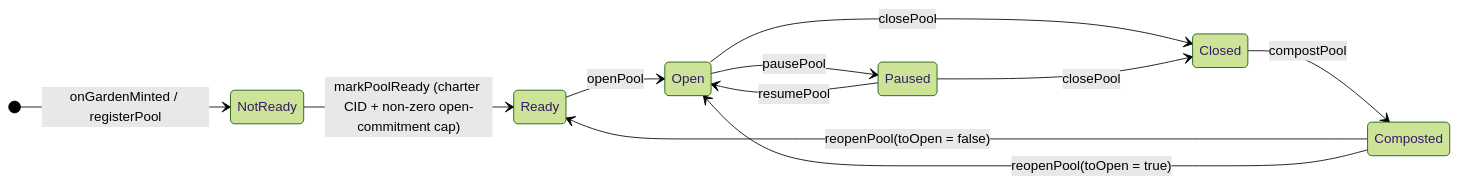
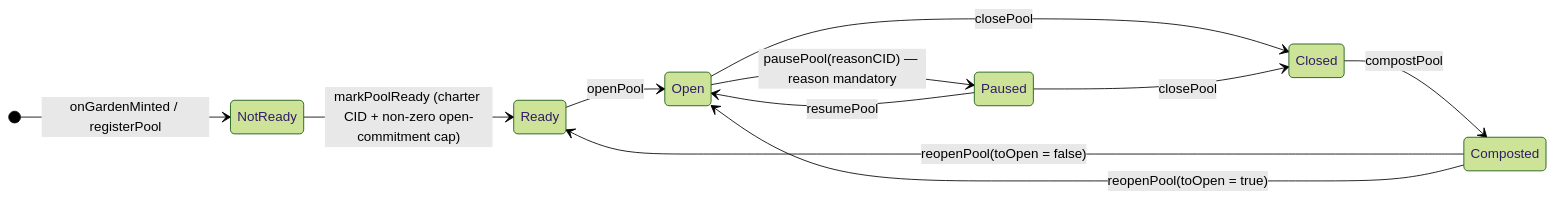
The fifth of 20 diagrams in .plans/active/commitment-pooling/diagrams.md (greenpill-dev-guild/green-goods), drawn with Mermaid (forest theme) before and after one commit. The commit also changed other lines of this file, not shown here.

First line of the commit message:
docs(plans): align commitment pooling diagrams with the frozen specs

````diff
--- a/.plans/active/commitment-pooling/diagrams.md
+++ b/.plans/active/commitment-pooling/diagrams.md
@@ -317,14 +353,14 @@
 ```mermaid
 stateDiagram-v2
   direction LR
   [*] --> NotReady : onGardenMinted / registerPool
   NotReady --> Ready : markPoolReady (charter CID + non-zero open-commitment cap)
   Ready --> Open : openPool
-  Open --> Paused : pausePool
+  Open --> Paused : pausePool(reasonCID) — reason mandatory
   Paused --> Open : resumePool
   Open --> Closed : closePool
   Paused --> Closed : closePool
   Closed --> Composted : compostPool
   Composted --> Ready : reopenPool(toOpen = false)
   Composted --> Open : reopenPool(toOpen = true)
 ```
````
